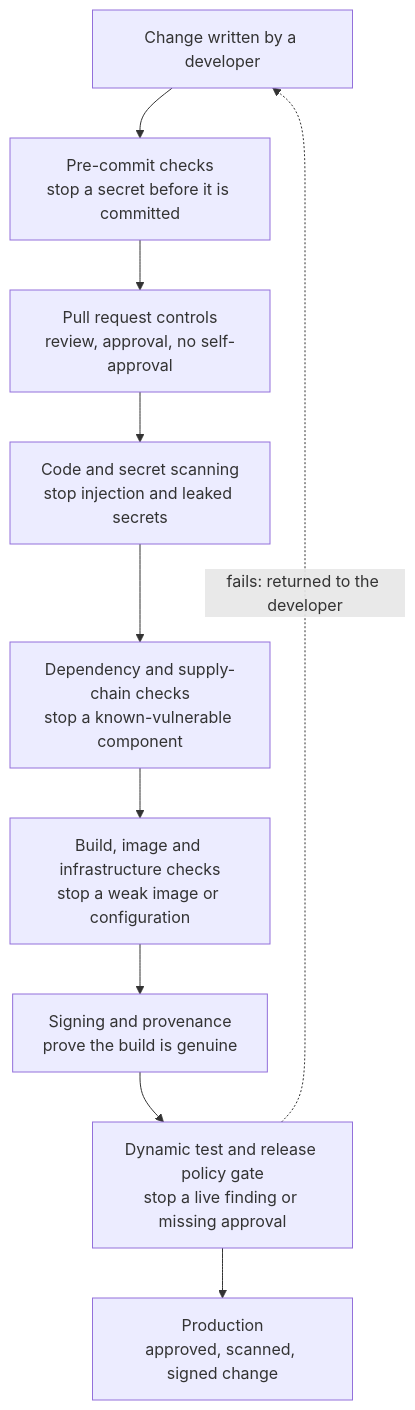
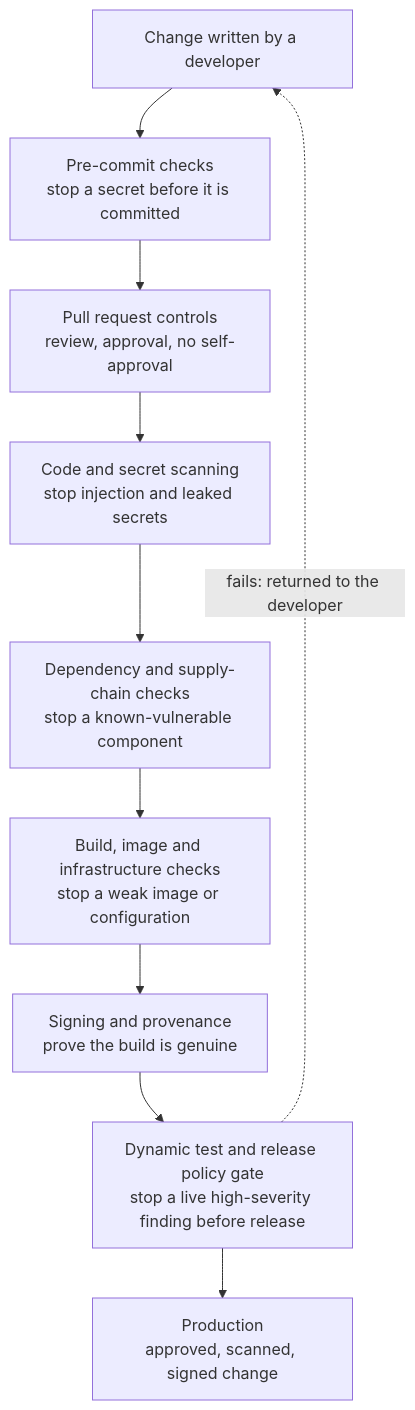
The diagram in report/business-report.md (Amitdeb00731/devsecops-pipeline), drawn with Mermaid before and after one commit. The commit also changed other lines of this file and 10 other files, not shown here.

````diff
--- a/report/business-report.md
+++ b/report/business-report.md
@@ -31,14 +31,14 @@
 ```mermaid
 flowchart TB
   DEV["Change written by a developer"]
   L1["Pre-commit checks<br/>stop a secret before it is committed"]
   L2["Pull request controls<br/>review, approval, no self-approval"]
   L3["Code and secret scanning<br/>stop injection and leaked secrets"]
   L4["Dependency and supply-chain checks<br/>stop a known-vulnerable component"]
   L5["Build, image and infrastructure checks<br/>stop a weak image or configuration"]
   L6["Signing and provenance<br/>prove the build is genuine"]
-  L7["Dynamic test and release policy gate<br/>stop a live finding or missing approval"]
+  L7["Dynamic test and release policy gate<br/>stop a live high-severity finding before release"]
   PROD["Production<br/>approved, scanned, signed change"]
   DEV --> L1 --> L2 --> L3 --> L4 --> L5 --> L6 --> L7 --> PROD
   L7 -. "fails: returned to the developer" .-> DEV
 ```
````
